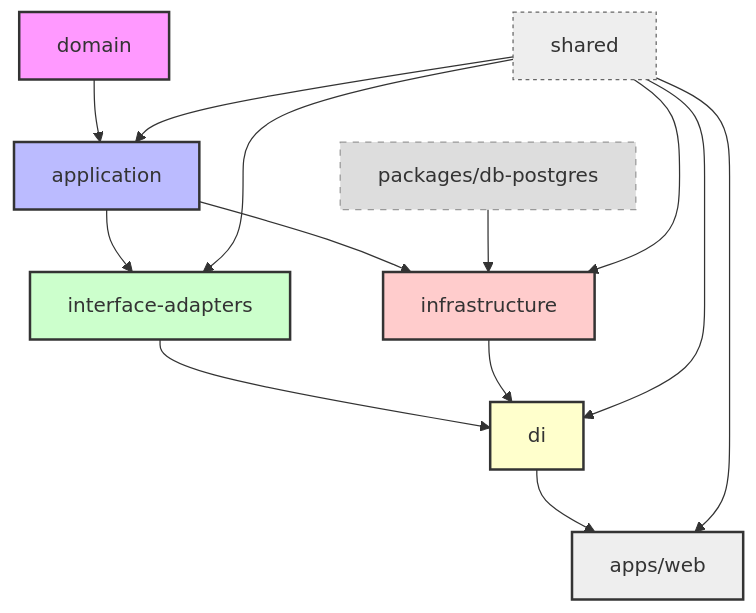
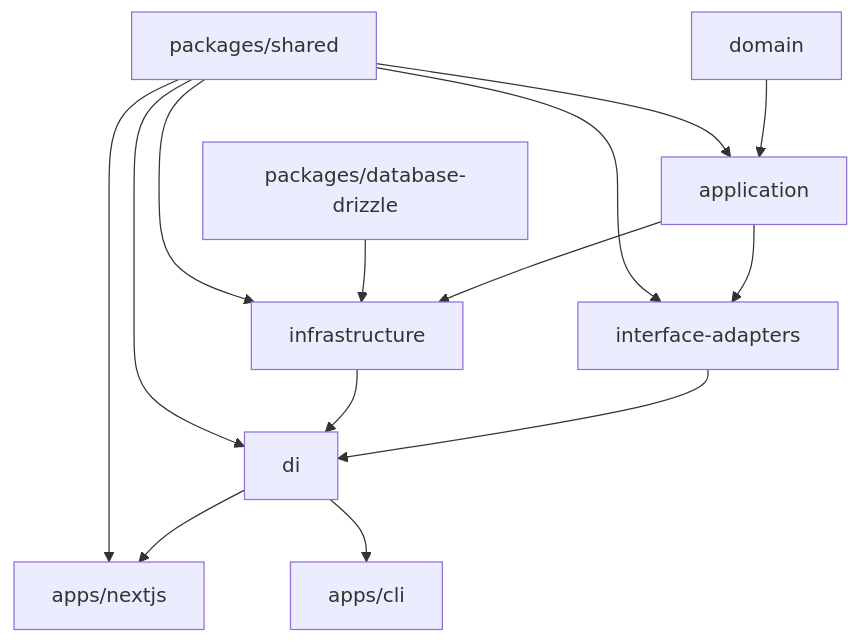
One commit to thaitype/typescript-clean-architecture changed the diagram in README.md. Above: the diagram before and after it, drawn with Mermaid. The commit also changed other lines of this file, not shown here.

````diff
--- a/README.md
+++ b/README.md
@@ -95,32 +172,17 @@
 ```mermaid
 graph TD
 
-%% Core layers
 A[domain] --> B[application]
 B --> C[interface-adapters]
 B --> D[infrastructure]
 C --> E[di]
 D --> E
-
-%% App layer
-E --> F[apps/web]
-
-%% External packages
-H[packages/db-postgres] --> D
-
-%% Shared
-J[shared] --> B
-J --> C
-J --> D
-J --> E
-J --> F
-
-style A fill:#f9f,stroke:#333,stroke-width:2
-style B fill:#bbf,stroke:#333,stroke-width:2
-style C fill:#cfc,stroke:#333,stroke-width:2
-style D fill:#fcc,stroke:#333,stroke-width:2
-style E fill:#ffc,stroke:#333,stroke-width:2
-style F fill:#eee,stroke:#333,stroke-width:2
-style H fill:#ddd,stroke:#999,stroke-dasharray: 5
-style J fill:#eee,stroke:#666,stroke-dasharray: 3
+E --> F[apps/nextjs]
+E --> G[apps/cli]
+H[packages/database-drizzle] --> D
+I[packages/shared] --> B
+I --> C
+I --> D
+I --> E
+I --> F
 ```
````
